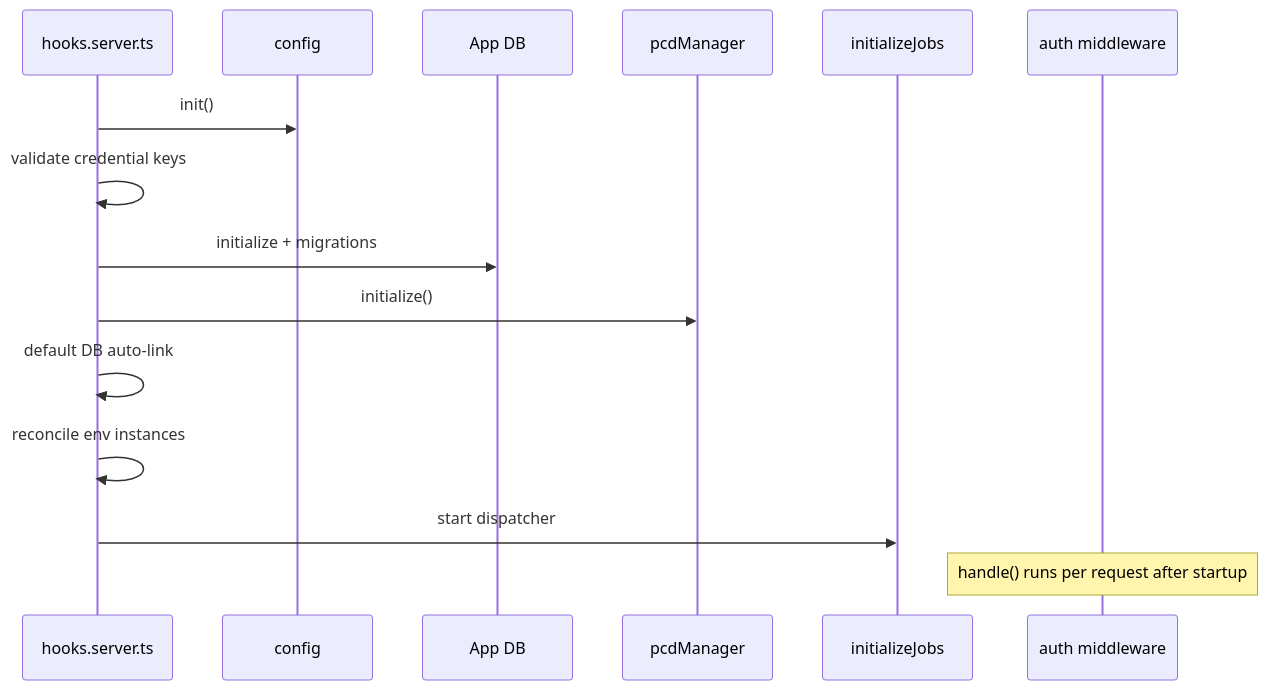
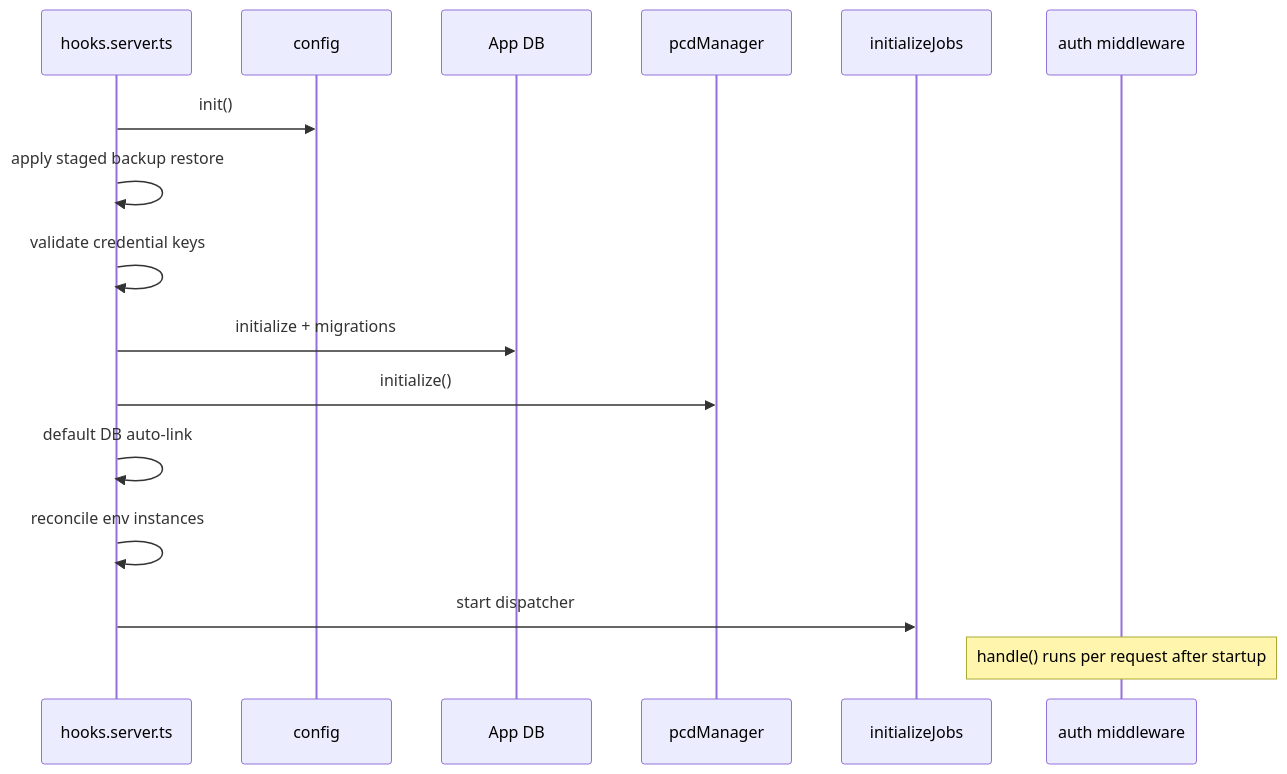
One commit to yandy-r/praxrr changed the diagram in docs/site/src/content/docs/app/startup.md. Above: the diagram before and after it, drawn with Mermaid. The commit also changed other lines of this file and 10 other files, not shown here.

````diff
--- a/docs/site/src/content/docs/app/startup.md
+++ b/docs/site/src/content/docs/app/startup.md
@@ -36,18 +46,19 @@
 ```mermaid
 sequenceDiagram
   participant Hooks as hooks.server.ts
   participant Config as config
   participant DB as App DB
   participant PCD as pcdManager
   participant Jobs as initializeJobs
   participant Auth as auth middleware
 
   Hooks->>Config: init()
+  Hooks->>Hooks: apply staged backup restore
   Hooks->>Hooks: validate credential keys
   Hooks->>DB: initialize + migrations
   Hooks->>PCD: initialize()
   Hooks->>Hooks: default DB auto-link
   Hooks->>Hooks: reconcile env instances
   Hooks->>Jobs: start dispatcher
   Note over Auth: handle() runs per request after startup
 ```
````
